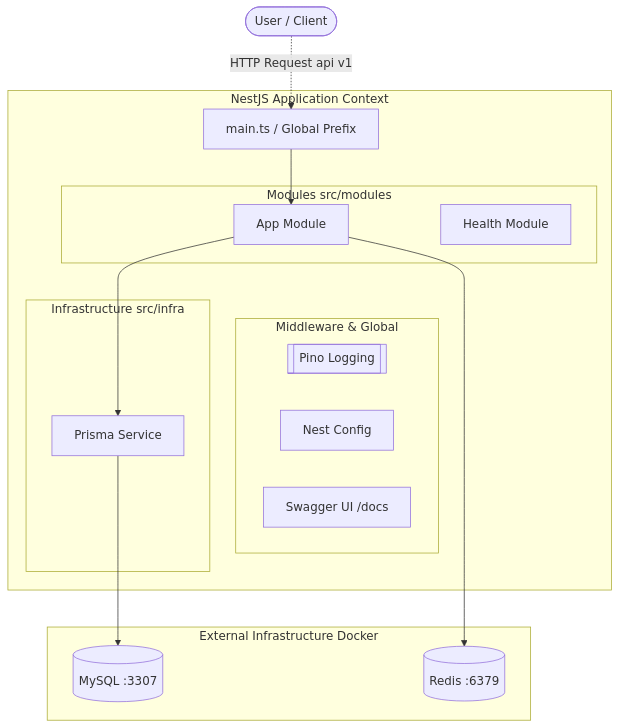
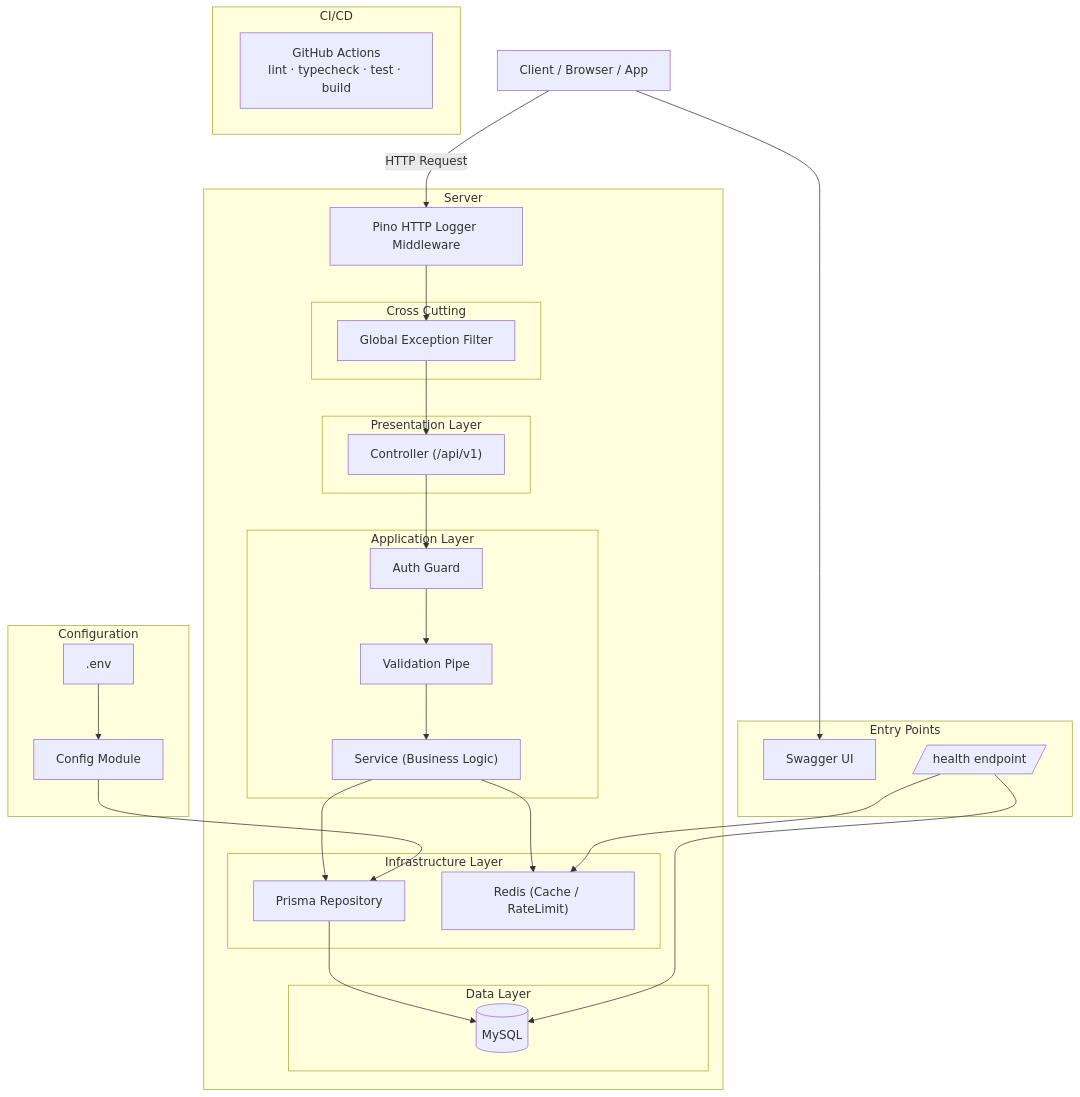
The diagram in README.md (UMC-Eum/Backend), drawn with Mermaid before and after one commit.

````diff
--- a/README.md
+++ b/README.md
@@ -226,33 +226,67 @@
 ```mermaid
-graph TD
-    User([User / Client]) -.->|HTTP Request api v1| Gateway
+flowchart TD
 
-    subgraph NestJS Application Context
-        Gateway[main.ts / Global Prefix]
-        
-        subgraph Middleware & Global
-            Pino[[Pino Logging]]
-            Config[Nest Config]
-            Swagger[Swagger UI /docs]
+    Client[Client / Browser / App]
+
+    subgraph Entry Points
+        Swagger[Swagger UI]
+        Health[/health endpoint/]
+    end
+
+    subgraph Server
+        Pino[Pino HTTP Logger Middleware]
+
+        subgraph Cross Cutting
+            Exception[Global Exception Filter]
         end
 
-        subgraph Modules src/modules
-            AppMod[App Module]
-            HealthMod[Health Module]
+        subgraph Presentation Layer
+            Controller["Controller (/api/v1)"]
         end
 
-        subgraph Infrastructure src/infra
-            PrismaSvc[Prisma Service]
+        subgraph Application Layer
+            Guard[Auth Guard]
+            Pipe[Validation Pipe]
+            Service["Service (Business Logic)"]
+        end
+
+        subgraph Infrastructure Layer
+            Repo[Prisma Repository]
+            Cache["Redis (Cache / RateLimit)"]
+        end
+
+        subgraph Data Layer
+            DB[(MySQL)]
         end
     end
 
-    subgraph External Infrastructure Docker
-        MySQL[(MySQL :3307)]
-        Redis[(Redis :6379)]
+    subgraph Configuration
+        Env[.env]
+        Config[Config Module]
     end
 
-    Gateway --> AppMod
-    AppMod --> PrismaSvc
-    PrismaSvc --> MySQL
-    AppMod --> Redis
+    subgraph CI/CD
+        CI["GitHub Actions<br/>lint · typecheck · test · build"]
+    end
+
+
+    Client -->|HTTP Request| Pino
+    Pino --> Exception
+    Exception --> Controller
+
+    Client --> Swagger
+
+    Controller --> Guard
+    Guard --> Pipe
+    Pipe --> Service
+
+    Service --> Repo
+    Service --> Cache
+    Repo --> DB
+
+    Health --> DB
+    Health --> Cache
+
+    Env --> Config
+    Config --> Repo
 ```
````
